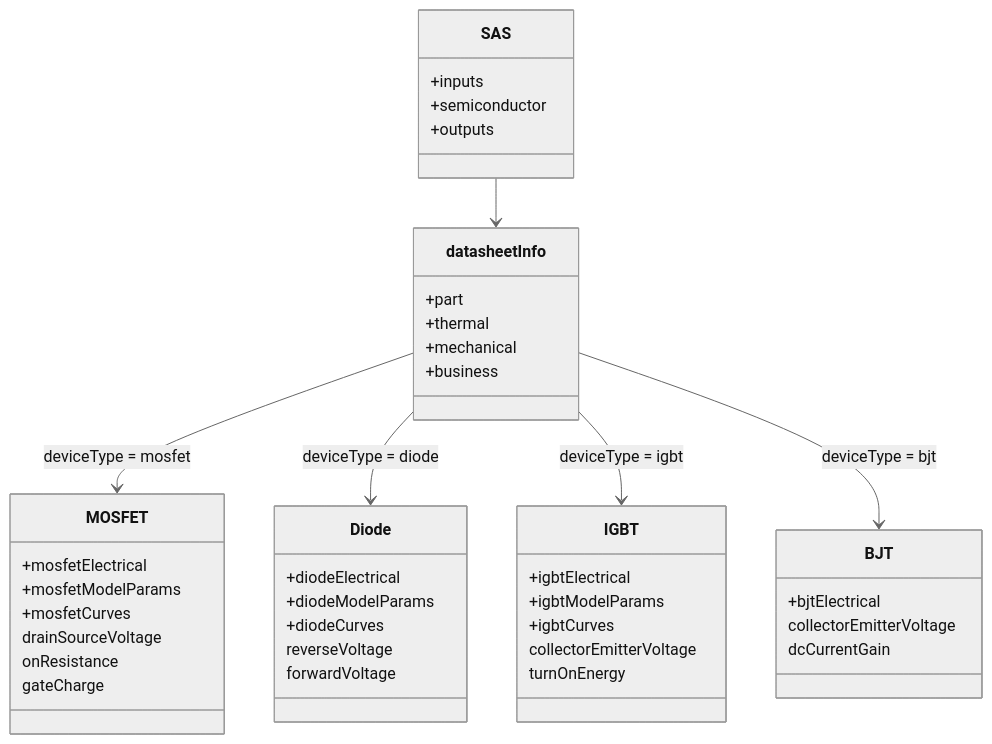
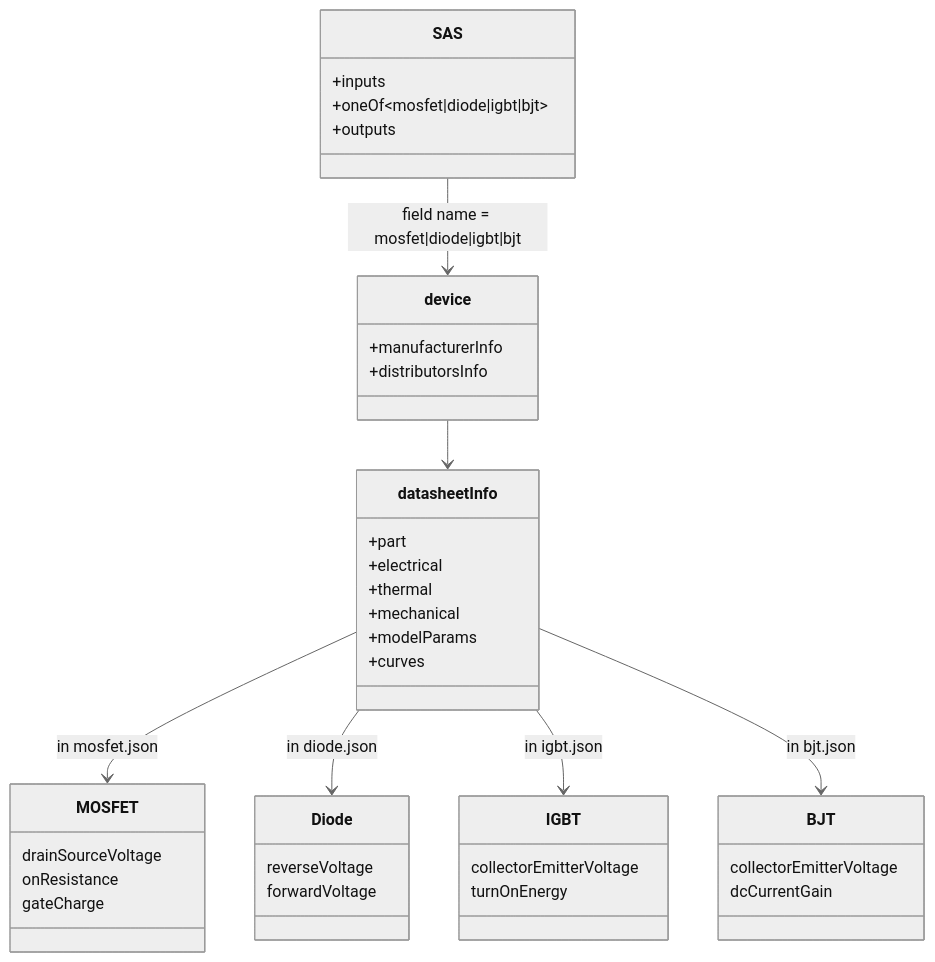
Before and after one commit to Power-Supply-Manufacturers-Association/SAS: the first of 2 diagrams in README.md, drawn with Mermaid (neutral theme). The commit also changed other lines of this file, not shown here.

First line of the commit message:
docs(readme): correct device-discriminator description to match schema

````diff
--- a/README.md
+++ b/README.md
@@ -87,46 +109,43 @@
 ```mermaid
 classDiagram
     class SAS {
         +inputs
-        +semiconductor
+        +oneOf~mosfet|diode|igbt|bjt~
         +outputs
+    }
+    class device {
+        +manufacturerInfo
+        +distributorsInfo
     }
     class datasheetInfo {
         +part
+        +electrical
         +thermal
         +mechanical
-        +business
+        +modelParams
+        +curves
     }
     class MOSFET {
-        +mosfetElectrical
-        +mosfetModelParams
-        +mosfetCurves
         drainSourceVoltage
         onResistance
         gateCharge
     }
     class Diode {
-        +diodeElectrical
-        +diodeModelParams
-        +diodeCurves
         reverseVoltage
         forwardVoltage
     }
     class IGBT {
-        +igbtElectrical
-        +igbtModelParams
-        +igbtCurves
         collectorEmitterVoltage
         turnOnEnergy
     }
     class BJT {
-        +bjtElectrical
         collectorEmitterVoltage
         dcCurrentGain
     }
-    SAS --> datasheetInfo
-    datasheetInfo --> MOSFET : deviceType = mosfet
-    datasheetInfo --> Diode : deviceType = diode
-    datasheetInfo --> IGBT : deviceType = igbt
-    datasheetInfo --> BJT : deviceType = bjt
+    SAS --> device : field name = mosfet|diode|igbt|bjt
+    device --> datasheetInfo
+    datasheetInfo --> MOSFET : in mosfet.json
+    datasheetInfo --> Diode : in diode.json
+    datasheetInfo --> IGBT : in igbt.json
+    datasheetInfo --> BJT : in bjt.json
 ```
````
